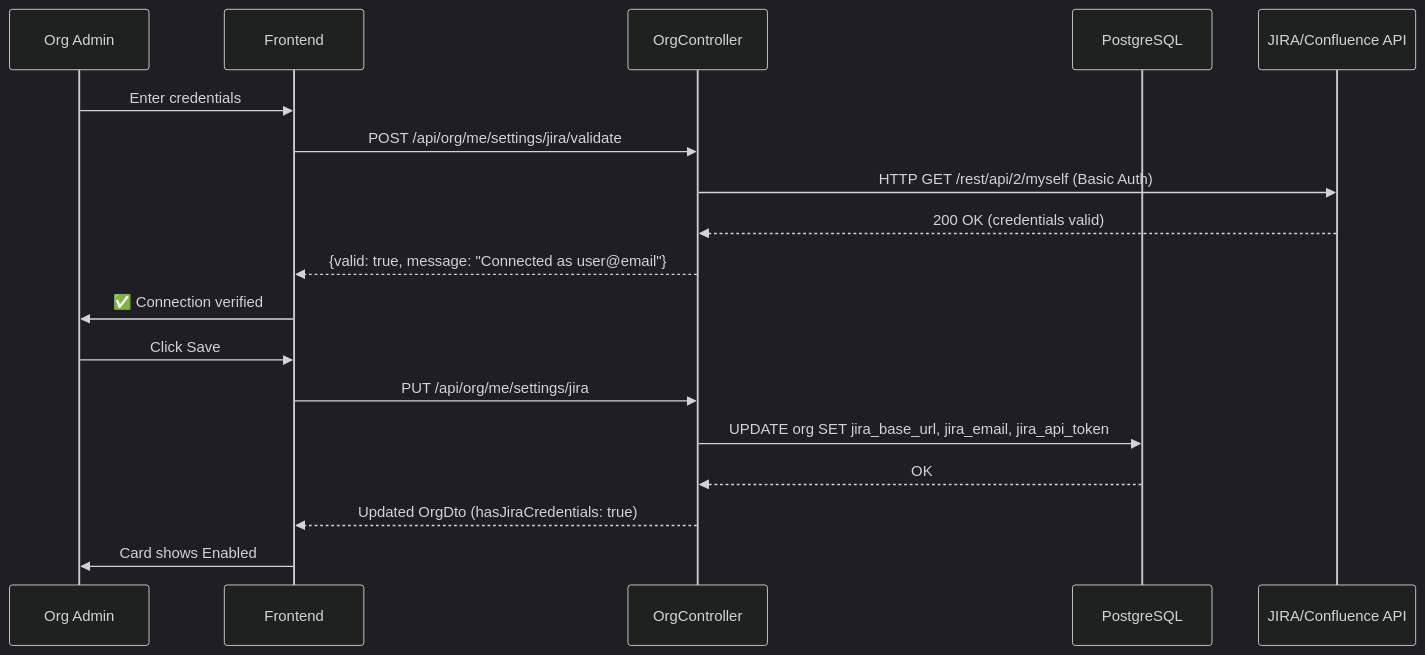
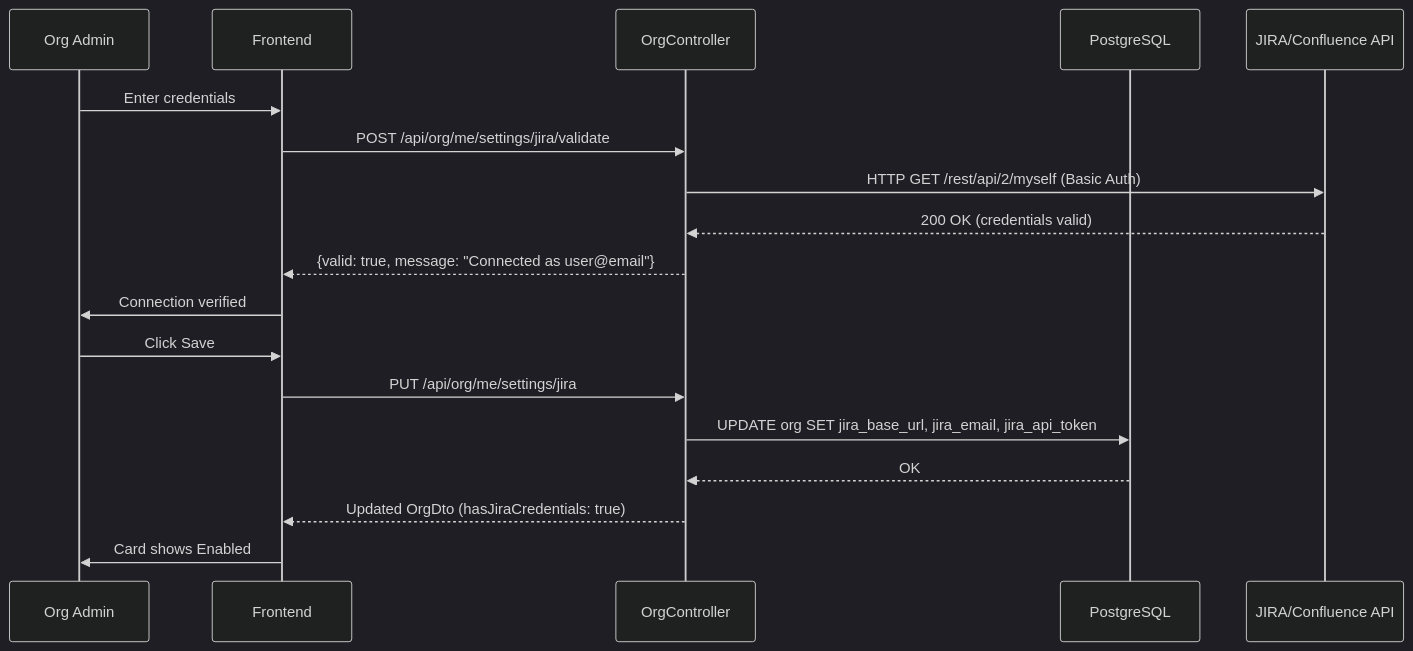
Diagram 13 of 36 in docs/WORKFLOWS.md (navneetprabhakar/executespec), drawn with Mermaid (dark theme) before and after one commit. The commit also changed other lines of this file and 47 other files, not shown here.

````diff
--- a/docs/WORKFLOWS.md
+++ b/docs/WORKFLOWS.md
@@ -282,22 +419,22 @@
 ```mermaid
 sequenceDiagram
     participant Admin as Org Admin
     participant FE as Frontend
     participant BE as OrgController
     participant DB as PostgreSQL
     participant Ext as JIRA/Confluence API
 
     Admin->>FE: Enter credentials
     FE->>BE: POST /api/org/me/settings/jira/validate
     BE->>Ext: HTTP GET /rest/api/2/myself (Basic Auth)
     Ext-->>BE: 200 OK (credentials valid)
     BE-->>FE: {valid: true, message: "Connected as user@email"}
-    FE->>Admin: ✅ Connection verified
+    FE->>Admin: Connection verified
 
     Admin->>FE: Click Save
     FE->>BE: PUT /api/org/me/settings/jira
     BE->>DB: UPDATE org SET jira_base_url, jira_email, jira_api_token
     DB-->>BE: OK
     BE-->>FE: Updated OrgDto (hasJiraCredentials: true)
     FE->>Admin: Card shows Enabled
 ```
````
